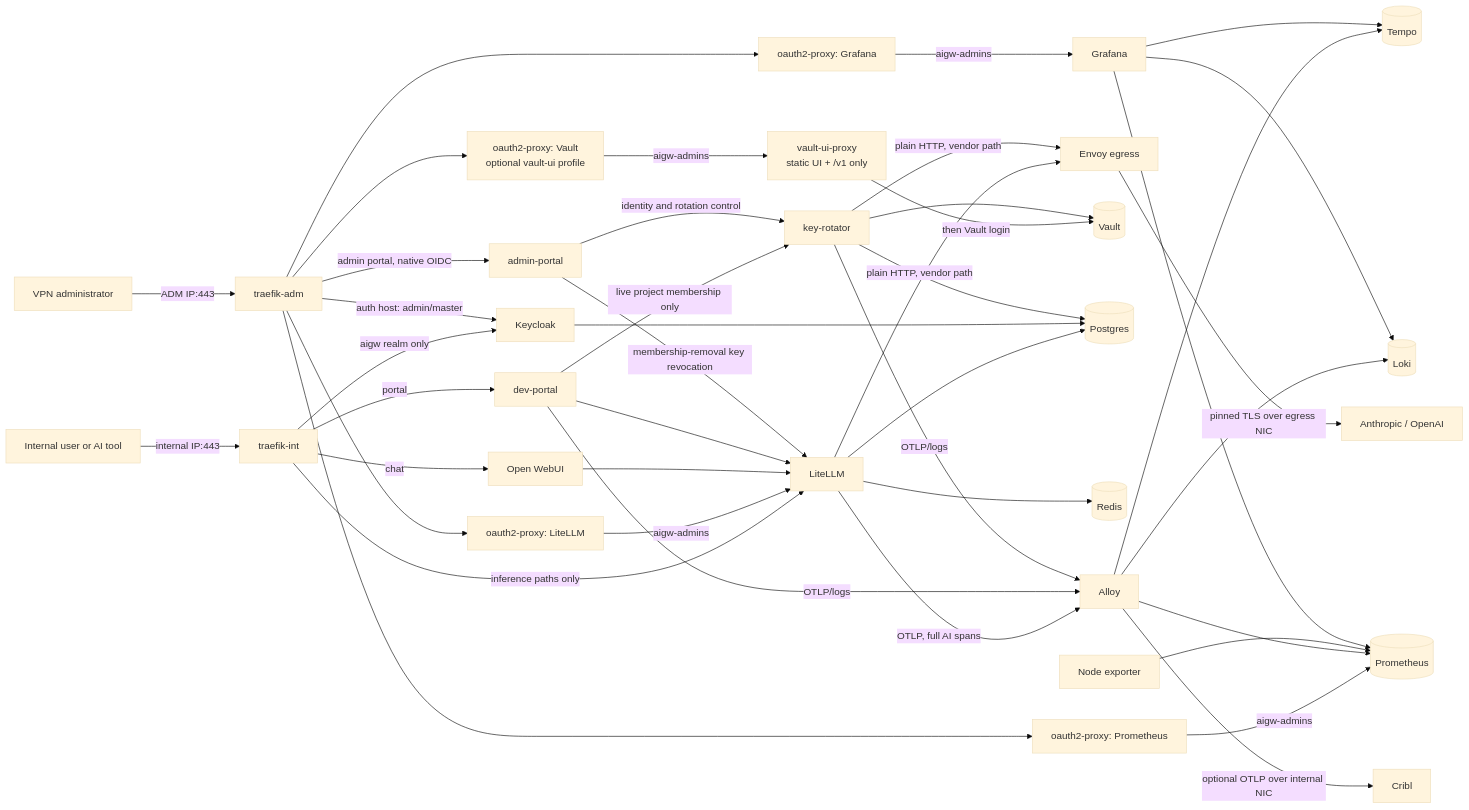
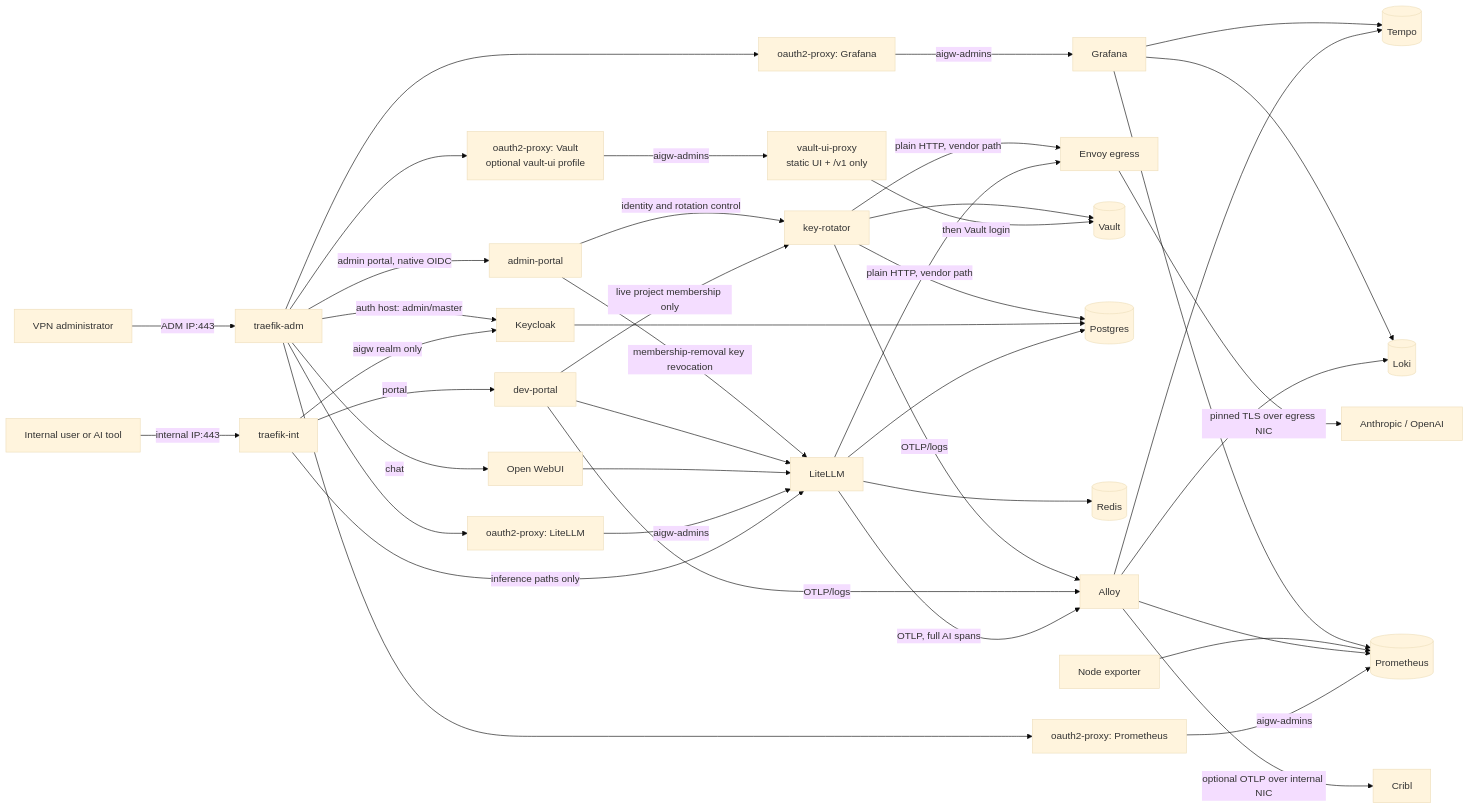
The diagram in docs/solution-map.md (derhornspieler/ai-gateway), drawn with Mermaid (base theme) before and after one commit. The commit also changed other lines of this file and 5 other files, not shown here.

````diff
--- a/docs/solution-map.md
+++ b/docs/solution-map.md
@@ -249,47 +249,47 @@
 ```mermaid
 flowchart LR
   U[Internal user or AI tool] -->|internal IP:443| TI[traefik-int]
   A[VPN administrator] -->|ADM IP:443| TA[traefik-adm]
 
-  TI -->|chat| OW[Open WebUI]
+  TA -->|chat| OW[Open WebUI]
   TI -->|inference paths only| LL[LiteLLM]
   TI -->|aigw realm only| KC[Keycloak]
   TI -->|portal| DP[dev-portal]
 
   TA -->|admin portal, native OIDC| AP[admin-portal]
   TA --> O2A[oauth2-proxy: LiteLLM]
   O2A -->|aigw-admins| LL
   TA --> O2G[oauth2-proxy: Grafana]
   O2G -->|aigw-admins| GF[Grafana]
   TA --> O2P[oauth2-proxy: Prometheus]
   O2P -->|aigw-admins| PR[(Prometheus)]
   TA --> O2V[oauth2-proxy: Vault<br/>optional vault-ui profile]
   O2V -->|aigw-admins| VUP[vault-ui-proxy<br/>static UI + /v1 only]
   VUP -->|then Vault login| VT[(Vault)]
   TA -->|auth host: admin/master| KC
 
   OW --> LL
   DP --> LL
   DP -->|live project membership only| KR[key-rotator]
   AP -->|identity and rotation control| KR
   AP -->|membership-removal key revocation| LL
   LL --> PG[(Postgres)]
   KC --> PG
   KR --> PG
   LL --> RD[(Redis)]
   KR --> VT
 
   LL -->|plain HTTP, vendor path| EV[Envoy egress]
   KR -->|plain HTTP, vendor path| EV
   EV -->|pinned TLS over egress NIC| V[Anthropic / OpenAI]
 
   LL -->|OTLP, full AI spans| AL[Alloy]
   DP -->|OTLP/logs| AL
   KR -->|OTLP/logs| AL
   AL --> TP[(Tempo)]
   AL --> LK[(Loki)]
   AL --> PR
   NE[Node exporter] --> PR
   AL -->|optional OTLP over internal NIC| CR[Cribl]
   GF --> TP & LK & PR
 ```
````
